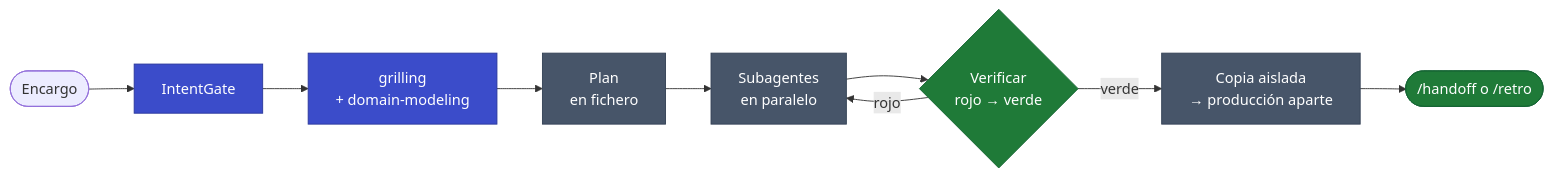
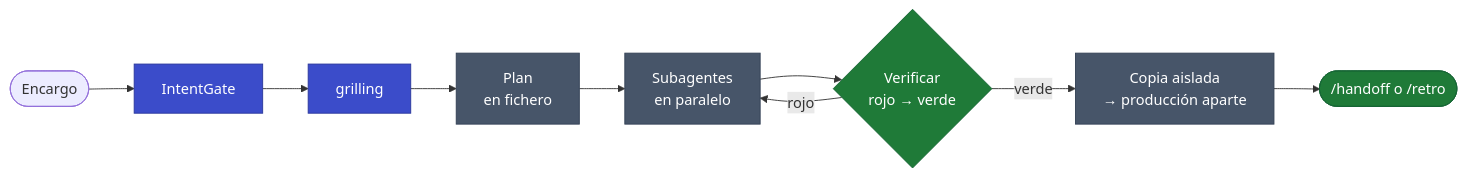
Before and after one commit to manuelcozar55/setup-claude-code: the third of 7 diagrams in README.md, drawn with Mermaid. The commit also changed other lines of this file and 11 other files, not shown here.

First line of the commit message:
Retirar la skill domain-modeling del kit

````diff
--- a/README.md
+++ b/README.md
@@ -164,18 +164,18 @@
 ```mermaid
 flowchart LR
     A(["Encargo"]) --> B["IntentGate"]
-    B --> C["grilling<br/>+ domain-modeling"]
+    B --> C["grilling"]
     C --> D["Plan<br/>en fichero"]
     D --> E["Subagentes<br/>en paralelo"]
     E --> F{"Verificar<br/>rojo → verde"}
     F -->|"rojo"| E
     F -->|"verde"| G["Copia aislada<br/>→ producción aparte"]
     G --> H(["/handoff o /retro"])
 
     classDef gate fill:#3B4CCA,stroke:#2A379B,color:#FFFFFF
     classDef work fill:#475569,stroke:#334155,color:#FFFFFF
     classDef ok fill:#1F7A38,stroke:#166534,color:#FFFFFF
     class B,C gate
     class D,E,G work
     class F,H ok
 ```
````
